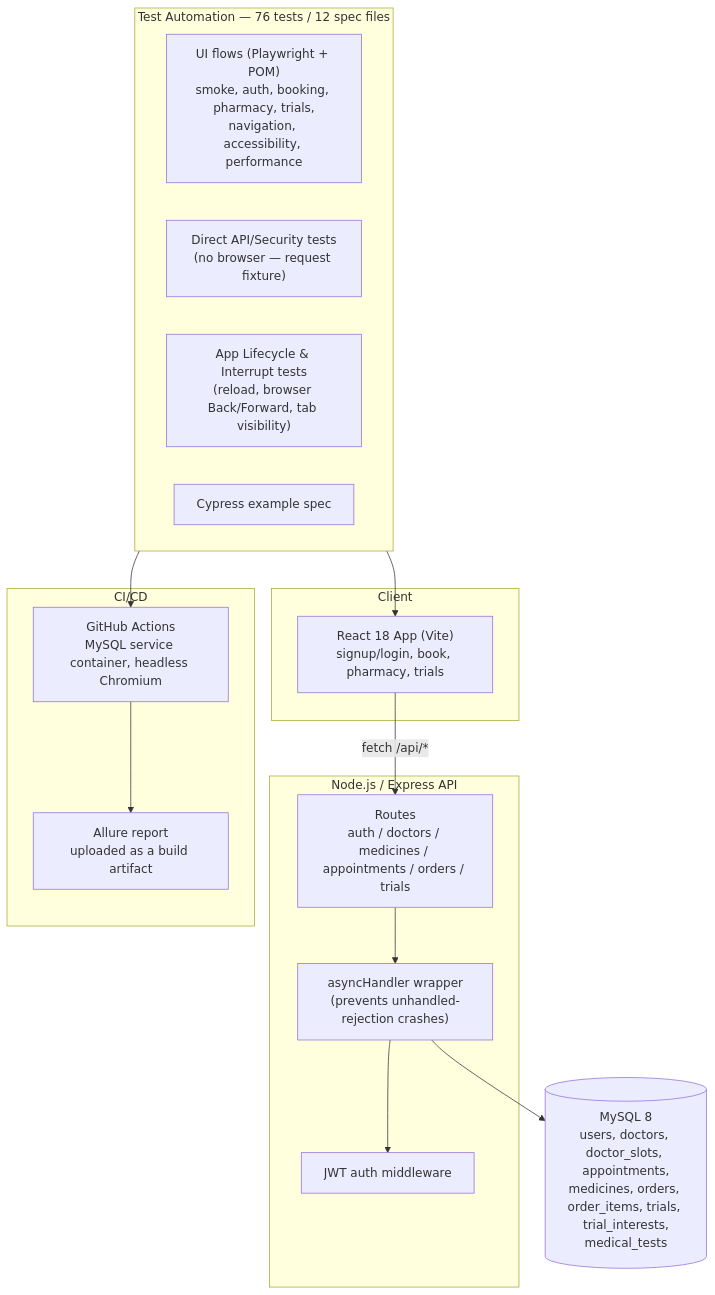
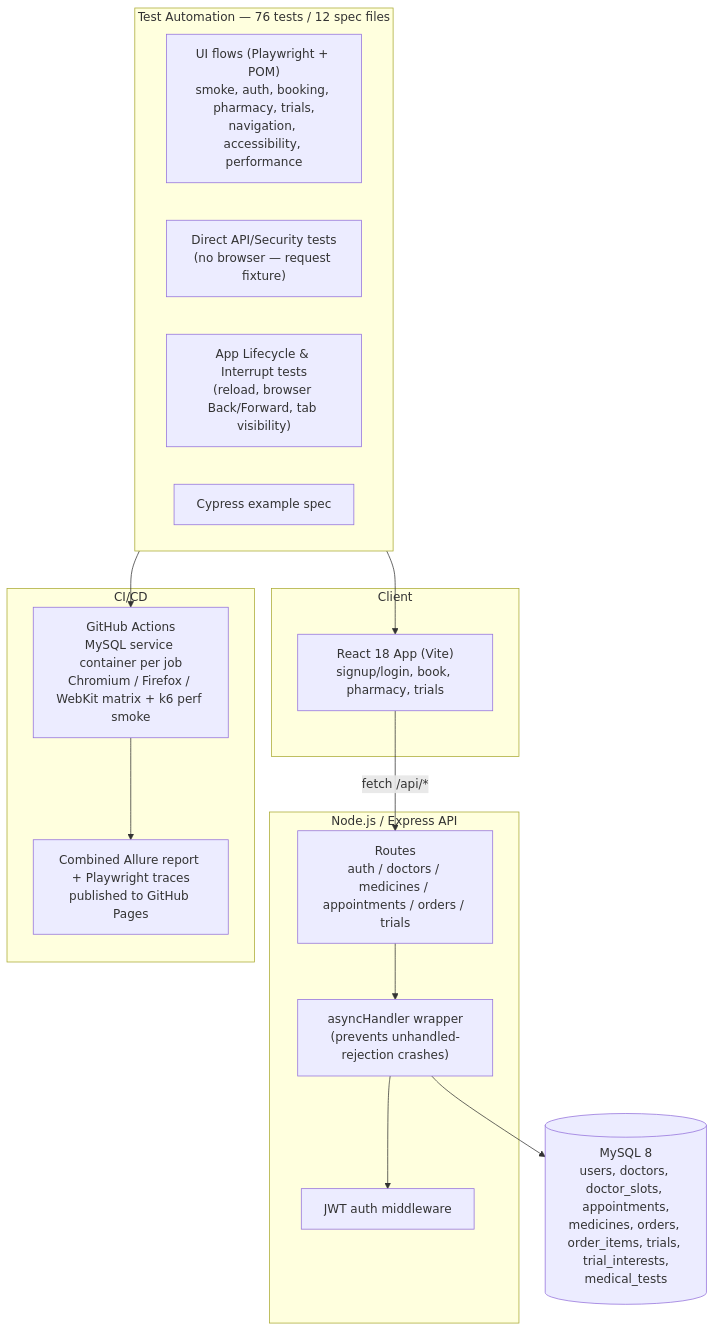
One commit to REZAULKARIM2024/MeridianHealth-test-automation changed the diagram in README.md. Above: the diagram before and after it, drawn with Mermaid. The commit also changed other lines of this file, not shown here.

Commit message:
Update README: CI matrix, k6, test counts, roadmap

````diff
--- a/README.md
+++ b/README.md
@@ -78,35 +78,35 @@
 ```mermaid
 flowchart TB
     subgraph Client
         React["React 18 App (Vite)<br/>signup/login, book, pharmacy, trials"]
     end
 
     subgraph Backend["Node.js / Express API"]
         Routes["Routes<br/>auth / doctors / medicines / appointments / orders / trials"]
         AsyncHandler["asyncHandler wrapper<br/>(prevents unhandled-rejection crashes)"]
         Auth["JWT auth middleware"]
     end
 
     DB[("MySQL 8<br/>users, doctors, doctor_slots, appointments,<br/>medicines, orders, order_items, trials, trial_interests,<br/>medical_tests")]
 
     React -->|fetch /api/*| Routes
     Routes --> AsyncHandler
     AsyncHandler --> Auth
     AsyncHandler --> DB
 
     subgraph Tests["Test Automation — 76 tests / 12 spec files"]
         UI["UI flows (Playwright + POM)<br/>smoke, auth, booking, pharmacy, trials,<br/>navigation, accessibility, performance"]
         API["Direct API/Security tests<br/>(no browser — request fixture)"]
         Lifecycle["App Lifecycle & Interrupt tests<br/>(reload, browser Back/Forward, tab visibility)"]
         Cypress["Cypress example spec"]
     end
 
     subgraph Pipeline["CI/CD"]
-        GHA["GitHub Actions<br/>MySQL service container, headless Chromium"]
-        AllureReport["Allure report<br/>uploaded as a build artifact"]
+        GHA["GitHub Actions<br/>MySQL service container per job<br/>Chromium / Firefox / WebKit matrix + k6 perf smoke"]
+        AllureReport["Combined Allure report + Playwright traces<br/>published to GitHub Pages"]
     end
 
     Tests --> React
     Tests --> GHA
     GHA --> AllureReport
 ```
````
